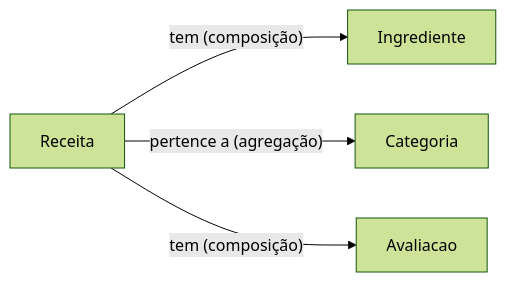
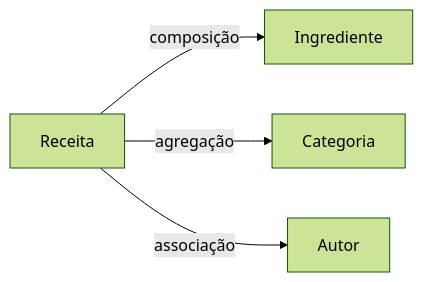
Before and after one commit to arlissondiogo/vegRecipes: the first of 2 diagrams in README.md, drawn with Mermaid (forest theme). The commit also changed other lines of this file and 41 other files, not shown here.

````diff
--- a/README.md
+++ b/README.md
@@ -90,6 +133,6 @@
 ```mermaid
 graph LR
-    Receita -->|"tem (composição)"| Ingrediente
-    Receita -->|"pertence a (agregação)"| Categoria
-    Receita -->|"tem (composição)"| Avaliacao
+    Receita -->|"composição"| Ingrediente
+    Receita -->|"agregação"| Categoria
+    Receita -->|"associação"| Autor
 ```
````
